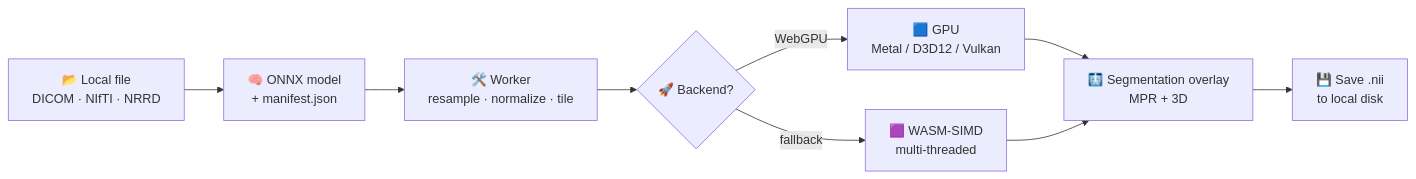
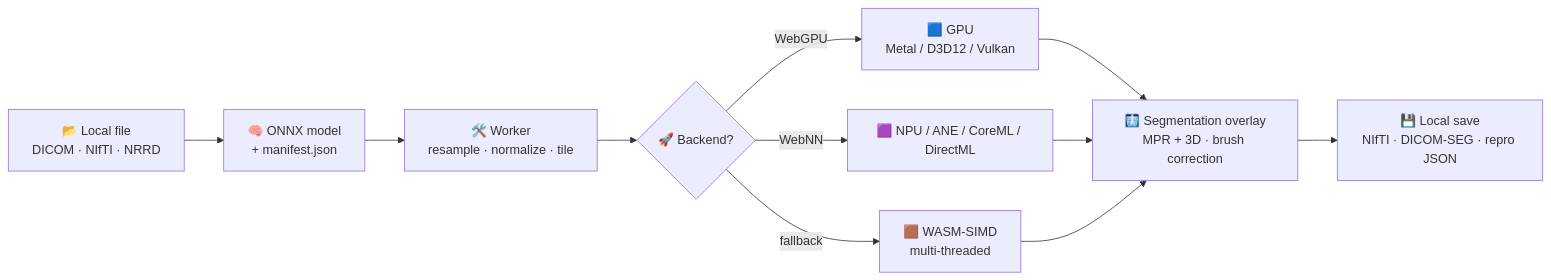
One commit to ArioMoniri/semikap changed the diagram in README.md. Above: the diagram before and after it, drawn with Mermaid. The commit also changed other lines of this file and 8 other files, not shown here.

````diff
--- a/README.md
+++ b/README.md
@@ -52,11 +45,13 @@
 ```mermaid
 flowchart LR
   A[📂 Local file<br/>DICOM · NIfTI · NRRD] --> B[🧠 ONNX model<br/>+ manifest.json]
   B --> C[🛠️ Worker<br/>resample · normalize · tile]
   C --> D{🚀 Backend?}
   D -- WebGPU --> E[🟦 GPU<br/>Metal / D3D12 / Vulkan]
-  D -- fallback --> F[🟪 WASM-SIMD<br/>multi-threaded]
-  E --> G[🩻 Segmentation overlay<br/>MPR + 3D]
+  D -- WebNN --> EN[🟪 NPU / ANE / CoreML / DirectML]
+  D -- fallback --> F[🟫 WASM-SIMD<br/>multi-threaded]
+  E --> G[🩻 Segmentation overlay<br/>MPR + 3D · brush correction]
+  EN --> G
   F --> G
-  G --> H[💾 Save .nii<br/>to local disk]
+  G --> H[💾 Local save<br/>NIfTI · DICOM-SEG · repro JSON]
 ```
````
